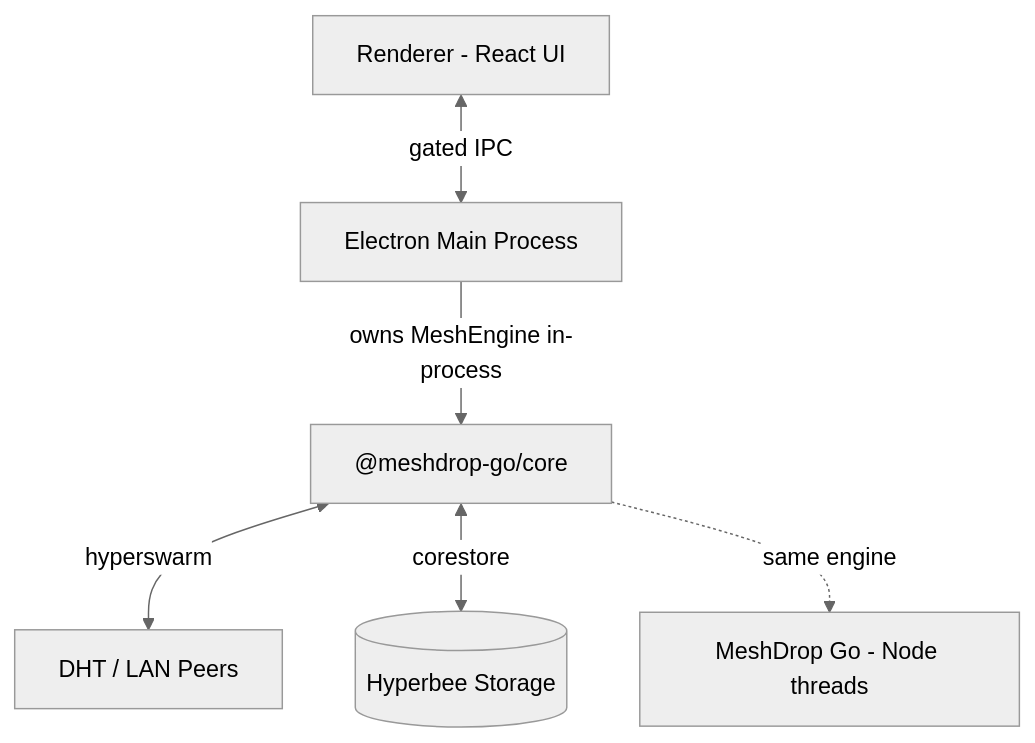
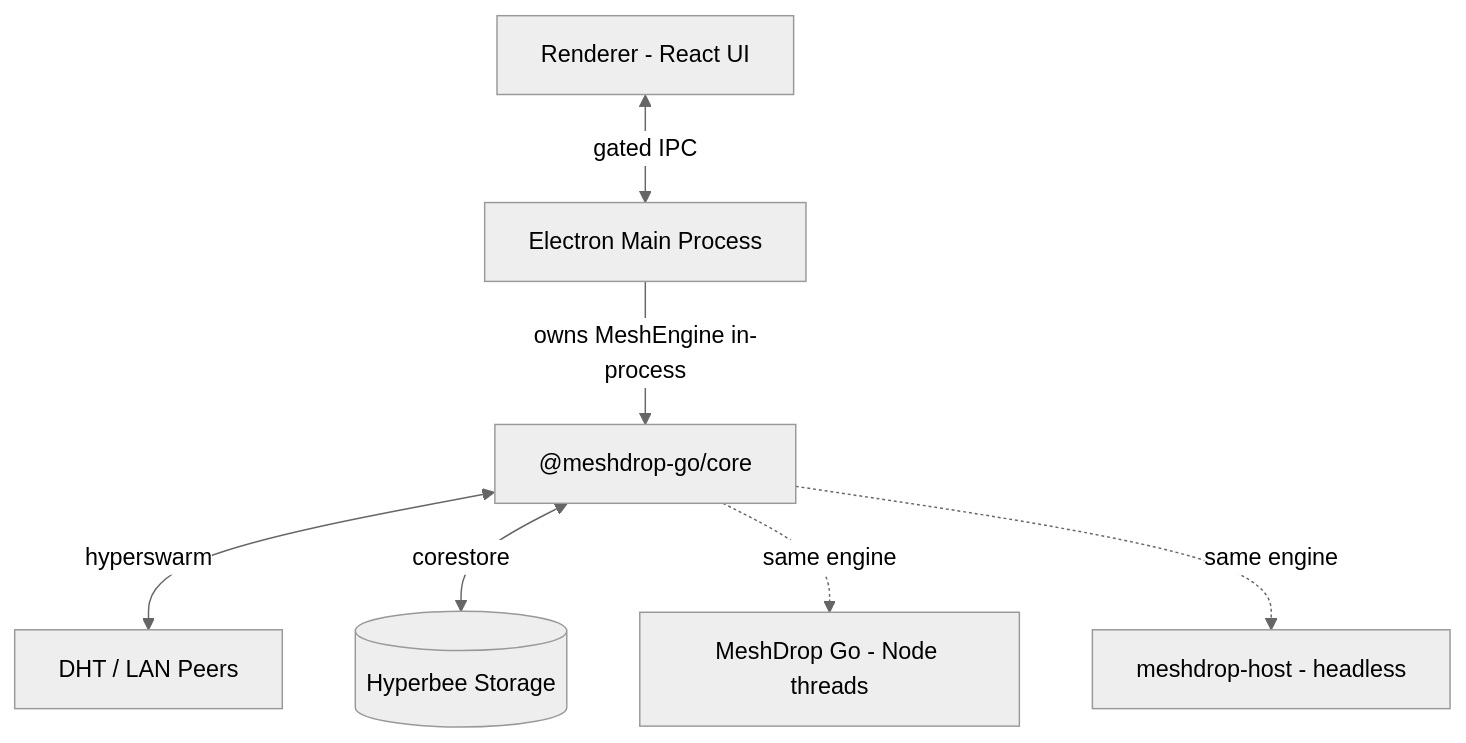
Before and after one commit to aamirali51/meshdrop-app: the diagram in README.md, drawn with Mermaid (neutral theme). The commit also changed other lines of this file, not shown here.

Commit message:
Docs: refresh README for v1.0.69 (CLI/headless host, @meshdrop-go scope, never-expiring links, full-width UI)

````diff
--- a/README.md
+++ b/README.md
@@ -40,8 +67,9 @@
 ```mermaid
 graph TD
     R["Renderer - React UI"] <-->|gated IPC| M["Electron Main Process"]
     M -->|owns MeshEngine in-process| C["@meshdrop-go/core"]
     C <-->|hyperswarm| N["DHT / LAN Peers"]
     C <-->|corestore| S[("Hyperbee Storage")]
     C -.->|same engine| RN["MeshDrop Go - Node threads"]
+    C -.->|same engine| H["meshdrop-host - headless"]
 ```
````
